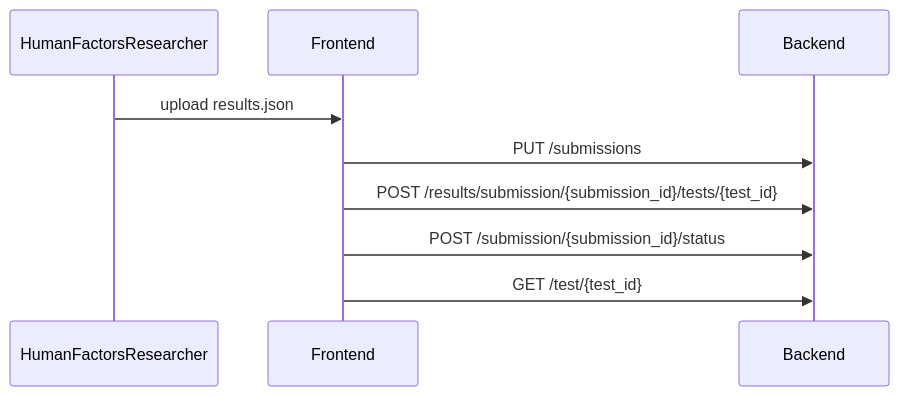
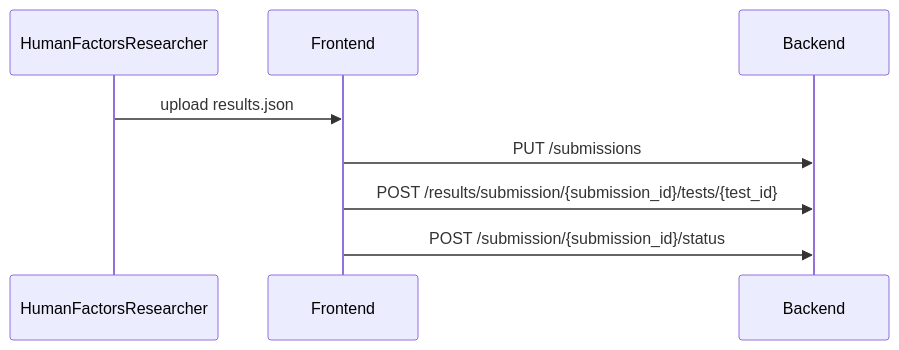
Diagram 14 of 14 in docs/ARCHITECTURE.md (flatland-association/flatland-benchmarks), drawn with Mermaid before and after one commit. The commit also changed other lines of this file, not shown here.

Commit message:
Cleanup sequence diagrams.

````diff
--- a/docs/ARCHITECTURE.md
+++ b/docs/ARCHITECTURE.md
@@ -1009,8 +1008,7 @@
 ```mermaid
 sequenceDiagram
   HumanFactorsResearcher ->> Frontend: upload results.json
   Frontend ->> Backend: PUT /submissions
   Frontend ->> Backend: POST /results/submission/{submission_id}/tests/{test_id}
   Frontend ->> Backend: POST /submission/{submission_id}/status
-  Frontend ->> Backend: GET /test/{test_id}
 ```
````
